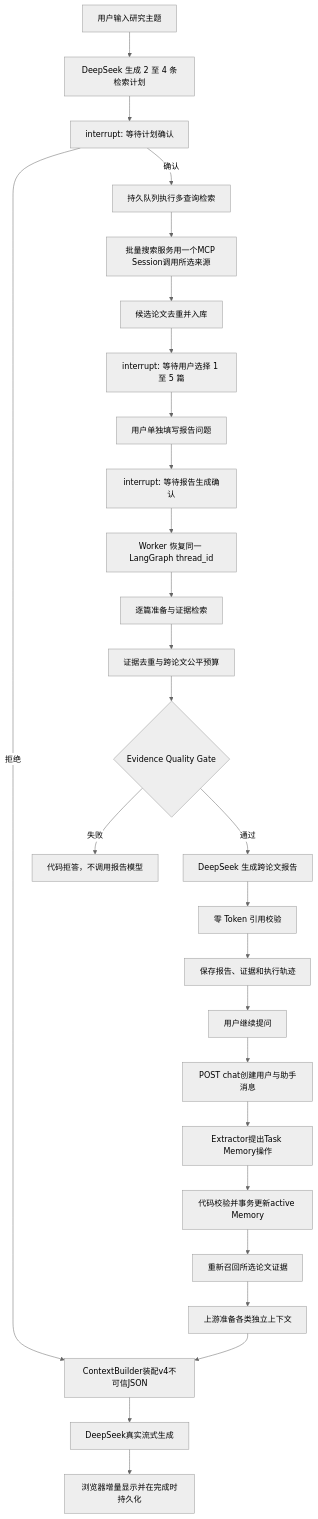
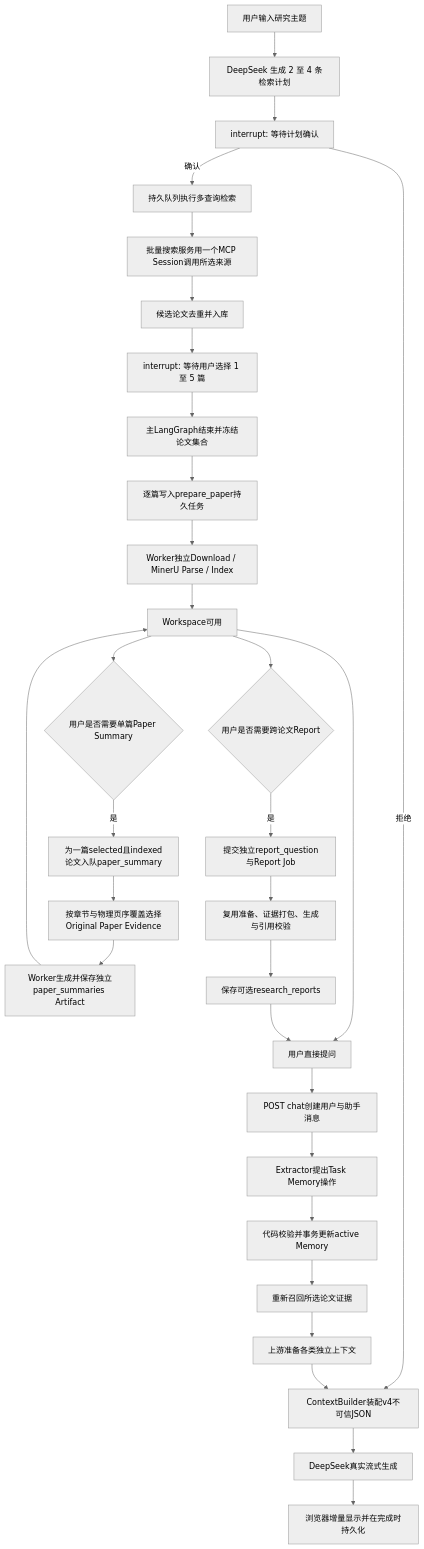
The fourth of 5 diagrams in PROJECT_OVERVIEW.md (a18743530603/Paper-search), drawn with Mermaid (neutral theme) before and after one commit. The commit also changed other lines of this file and 69 other files, not shown here.

Commit message:
Add paper summaries and production RAG improvements

````diff
--- a/PROJECT_OVERVIEW.md
+++ b/PROJECT_OVERVIEW.md
@@ -128,29 +130,33 @@
 ```mermaid
 flowchart TD
     A[用户输入研究主题] --> B[DeepSeek 生成 2 至 4 条检索计划]
     B --> C[interrupt: 等待计划确认]
     C -->|拒绝| X[取消，不调用搜索 Tool]
     C -->|确认| D[持久队列执行多查询检索]
     D --> E[批量搜索服务用一个MCP Session调用所选来源]
     E --> F[候选论文去重并入库]
     F --> G[interrupt: 等待用户选择 1 至 5 篇]
-    G --> H[用户单独填写报告问题]
-    H --> I[interrupt: 等待报告生成确认]
-    I --> J[Worker 恢复同一 LangGraph thread_id]
-    J --> K[逐篇准备与证据检索]
-    K --> L[证据去重与跨论文公平预算]
-    L --> M{Evidence Quality Gate}
-    M -->|失败| N[代码拒答，不调用报告模型]
-    M -->|通过| O[DeepSeek 生成跨论文报告]
-    O --> P[零 Token 引用校验]
-    P --> Q[保存报告、证据和执行轨迹]
-    Q --> R[用户继续提问]
+    G --> H[主LangGraph结束并冻结论文集合]
+    H --> I[逐篇写入prepare_paper持久任务]
+    I --> J[Worker独立Download / MinerU Parse / Index]
+    J --> K[Workspace可用]
+    K --> P{用户是否需要单篇Paper Summary}
+    P -->|是| Q[为一篇selected且indexed论文入队paper_summary]
+    Q --> QA[按章节与物理页序覆盖选择Original Paper Evidence]
+    QA --> QB[Worker生成并保存独立paper_summaries Artifact]
+    QB --> K
+    K --> R[用户直接提问]
     R --> S[POST chat创建用户与助手消息]
     S --> T[Extractor提出Task Memory操作]
     T --> U[代码校验并事务更新active Memory]
     U --> V[重新召回所选论文证据]
     V --> W[上游准备各类独立上下文]
     W --> X[ContextBuilder装配v4不可信JSON]
     X --> Y[DeepSeek真实流式生成]
     Y --> Z[浏览器增量显示并在完成时持久化]
+    K --> L{用户是否需要跨论文Report}
+    L -->|是| M[提交独立report_question与Report Job]
+    M --> N[复用准备、证据打包、生成与引用校验]
+    N --> O[保存可选research_reports]
+    O --> R
 ```
````
